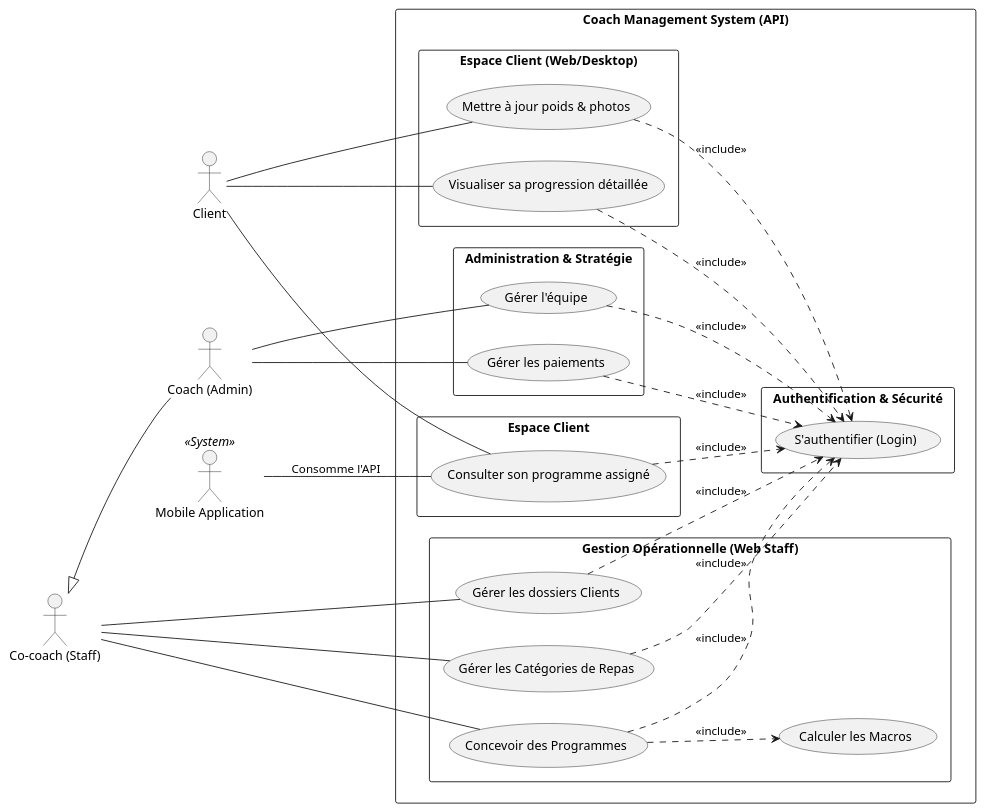
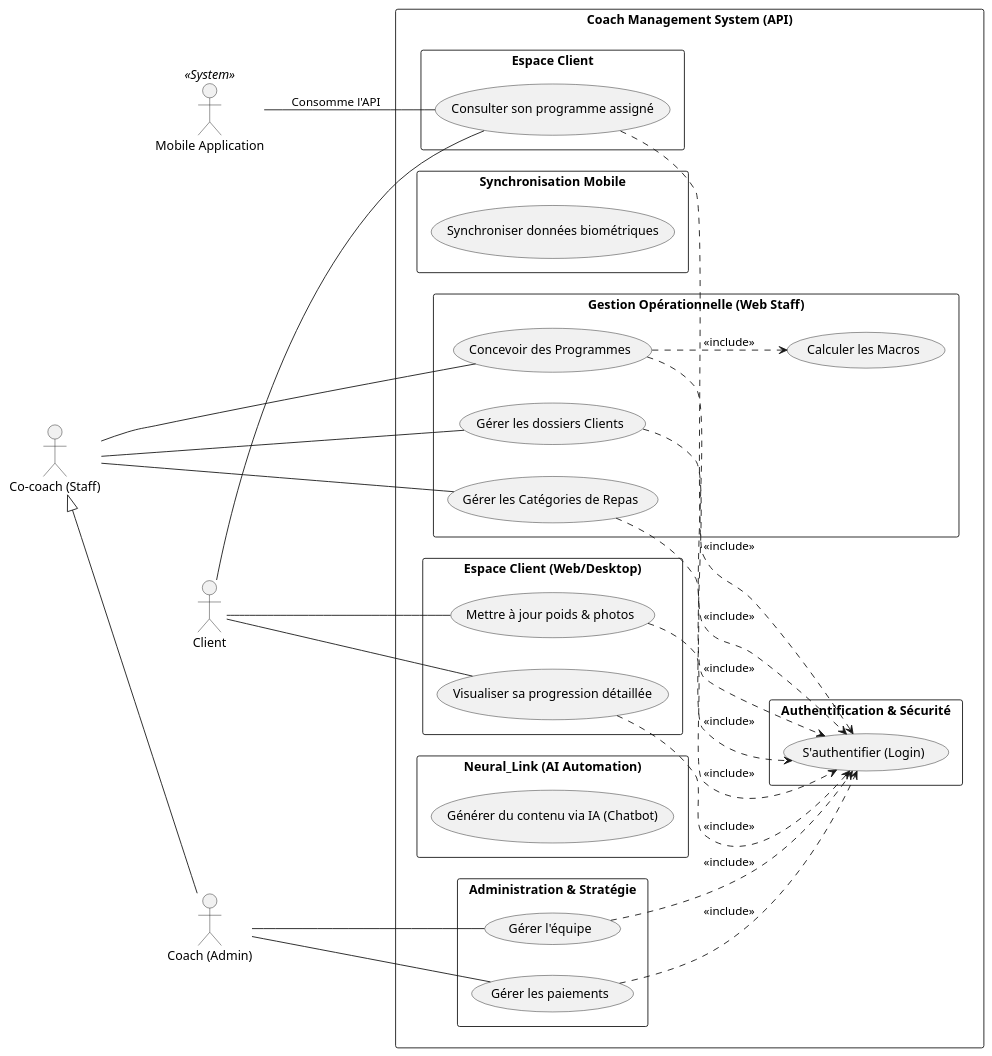
One commit to BenTaleb-Mehdi/Project-PFE changed the diagram in Analyse/usecase-diagramme/full-global-usecase.plantuml. Above: the diagram before and after it, drawn with PlantUML. The commit also changed 1 other file, not shown here.

Commit message:
feat: add sprint 3 use-case diagram and update global system use-case documentation

```diff
--- a/Analyse/usecase-diagramme/full-global-usecase.plantuml
+++ b/Analyse/usecase-diagramme/full-global-usecase.plantuml
@@ -1,75 +1,83 @@
 @startuml
 left to right direction
 skinparam packageStyle rectangle
 skinparam shadowing false
 
 ' Actors
 actor "Client" as Client
 actor "Co-coach (Staff)" as Staff
 actor "Coach (Admin)" as Admin
 
 ' New Actor: Mobile App (API Consumer)
 actor "Mobile Application" as MobileApp <<System>>
 
 ' Hierarchy
 Staff <|-- Admin
 
 rectangle "Coach Management System (API)" {
 
   package "Authentification & Sécurité" {
     usecase "S'authentifier (Login)" as Login
   }
 
   package "Espace Client" {
     usecase "Consulter son programme assigné" as ViewProg
     
     ' Connect API to Use Case
     ViewProg ..> Login : <<include>>
   }
 
+  package "Synchronisation Mobile" {
+    usecase "Synchroniser données biométriques" as SyncBio
+  }
+
   package "Espace Client (Web/Desktop)" {
     usecase "Mettre à jour poids & photos" as UpdateStats
     usecase "Visualiser sa progression détaillée" as ViewProgress
     
     UpdateStats ..> Login : <<include>>
     ViewProgress ..> Login : <<include>>
   }
 
   package "Gestion Opérationnelle (Web Staff)" {
     usecase "Gérer les dossiers Clients" as ManageClients
     usecase "Concevoir des Programmes" as DesignProgs
     usecase "Gérer les Catégories de Repas" as ManageCats
     usecase "Calculer les Macros" as CalcMacros
     
     ManageClients ..> Login : <<include>>
     DesignProgs ..> Login : <<include>>
     ManageCats ..> Login : <<include>>
     DesignProgs ..> CalcMacros : <<include>>
+  }
+
+  package "Neural_Link (AI Automation)" {
+    usecase "Générer du contenu via IA (Chatbot)" as AIContent
   }
 
   package "Administration & Stratégie" {
     usecase "Gérer l'équipe" as ManageStaff
     usecase "Gérer les paiements" as ManageMoney
     
     ManageStaff ..> Login : <<include>>
     ManageMoney ..> Login : <<include>>
   }
 }
 
 ' Relations
 Client -- ViewProg
 Client -- UpdateStats
 Client -- ViewProgress
 
 ' Link Mobile App Actor to the Use Case it consumes via API
 MobileApp -- ViewProg : "Consomme l'API"
 
 ' Staff & Admin
 Staff -- ManageClients
 Staff -- DesignProgs
 Staff -- ManageCats
 
 Admin -- ManageStaff
 Admin -- ManageMoney
 
 @enduml
```
